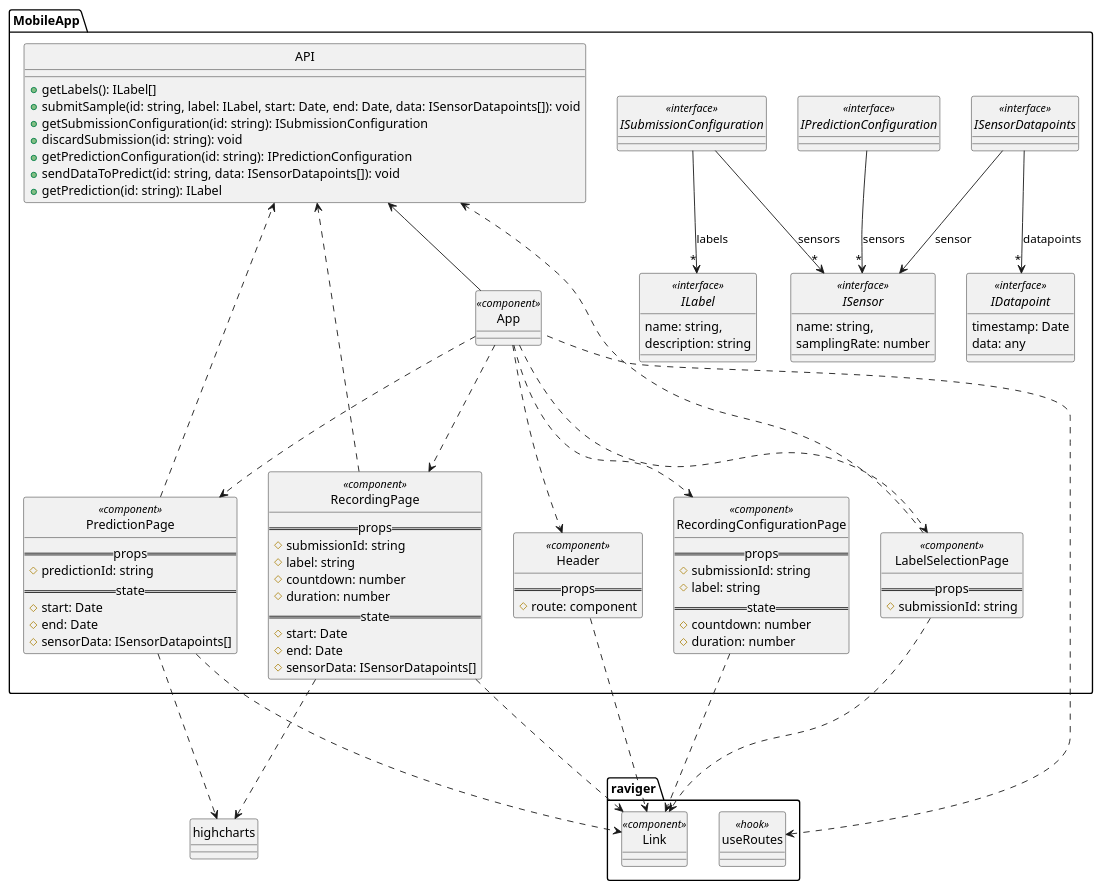
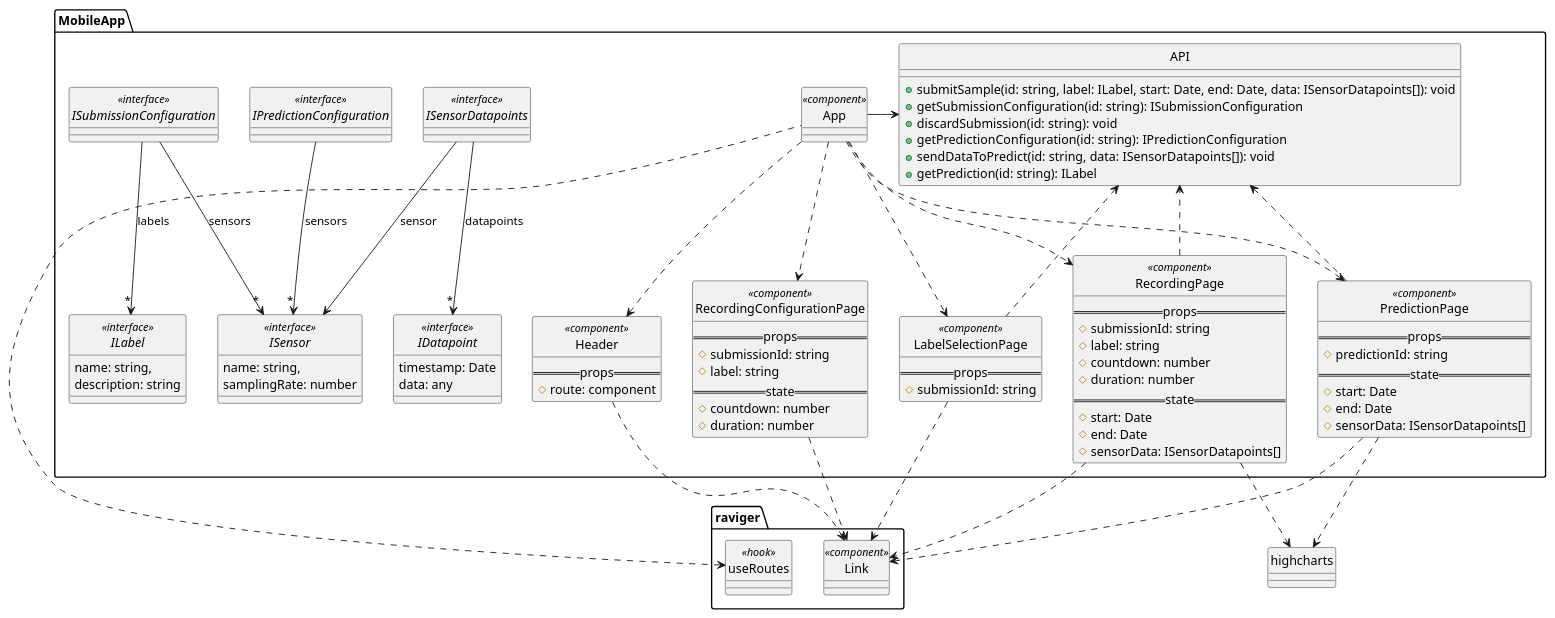
Before and after one commit to PSE-TECO-2020-TEAM1/e2e-ml_docs: the diagram in Design/class-diagrams/mobile_component.pu, drawn with PlantUML. The commit also changed 2 other files, not shown here.

```diff
--- a/Design/class-diagrams/mobile_component.pu
+++ b/Design/class-diagrams/mobile_component.pu
@@ -1,116 +1,116 @@
 @startuml DesktopApp
 ' skinparam monochrome true
+' skinparam linetype ortho
 hide circle
 
 class "highcharts"
 class "raviger.useRoutes" << hook >>
 class "raviger.Link" << component >>
 ' class "MaterialUI.TextField" << component >>
 ' class "MaterialUI.Button" << component >>
 ' class "MaterialUI.Checkbox" << component >>
 ' class "MaterialUI.Dropdown" << component >>
 ' class "MaterialUI.FormControlLabel" << component >>
 ' class "MaterialUI.Accordion" << component >>
 ' class "MaterialUI.List" << component >>
 ' class "MaterialUI.ListItem" << component >>
 ' class "MaterialUI.ListItemIcon" << component >>
 ' class "MaterialUI.Table" << component >>
 ' class "MaterialUI.TableHead" << component >>
 ' class "MaterialUI.TableRow" << component >>
 ' class "MaterialUI.TableCell" << component >>
 ' class "MaterialUI.TableBody" << component >>
 ' class "MaterialUI.CircularProgressWithLabel" << component >>
 
 package MobileApp {
     interface ISensor << interface >> {
         name: string,
         samplingRate: number
     }
     interface ILabel << interface >> {
         name: string,
         description: string
     }
     interface ISensorDatapoints << interface >>
     ISensorDatapoints --> "*" IDatapoint : datapoints
     ISensorDatapoints --> ISensor: sensor
     interface IDatapoint << interface >> {
         timestamp: Date
         data: any
     }
     interface ISubmissionConfiguration << interface >>
     ISubmissionConfiguration --> "*" ILabel : labels
     ISubmissionConfiguration --> "*" ISensor : sensors
     interface IPredictionConfiguration << interface >>
     IPredictionConfiguration --> "*" ISensor : sensors
 
     class API {
-        +getLabels(): ILabel[]
         +submitSample(id: string, label: ILabel, start: Date, end: Date, data: ISensorDatapoints[]): void
         +getSubmissionConfiguration(id: string): ISubmissionConfiguration
         +discardSubmission(id: string): void
         +getPredictionConfiguration(id: string): IPredictionConfiguration
         +sendDataToPredict(id: string, data: ISensorDatapoints[]): void
         +getPrediction(id: string): ILabel
     }
 
-    API <-- App
-    "raviger.useRoutes" <... App
+    API <- App
+    "raviger.useRoutes" <.. App
     class App << component >>
-    App ...> Header
+    App ..> Header
     class Header << component >> {
         ==props==
         # route: component
     }
-    Header ...> "raviger.Link"
+    Header ..> "raviger.Link"
 
-    App ...> LabelSelectionPage
+    App ..> LabelSelectionPage
     class LabelSelectionPage << component >> {
         ==props==
         # submissionId: string
     }
-    LabelSelectionPage ...> API
-    LabelSelectionPage ...> "raviger.Link"
+    LabelSelectionPage ..> API
+    LabelSelectionPage ..> "raviger.Link"
 
-    App ...> RecordingConfigurationPage
+    App ..> RecordingConfigurationPage
     class RecordingConfigurationPage << component >> {
         ==props==
         # submissionId: string
         # label: string
         ==state==
         # countdown: number
         # duration: number
     }
-    RecordingConfigurationPage ...> "raviger.Link"
+    RecordingConfigurationPage ..> "raviger.Link"
 
-    App ...> RecordingPage
+    App ..> RecordingPage
     class RecordingPage << component >> {
         ==props==
         # submissionId: string
         # label: string
         # countdown: number
         # duration: number
         ==state==
         # start: Date
         # end: Date
         # sensorData: ISensorDatapoints[]
     }
-    RecordingPage ...> "raviger.Link"
-    RecordingPage ...> "highcharts"
-    RecordingPage ...> API
+    RecordingPage ..> "raviger.Link"
+    RecordingPage ..> "highcharts"
+    RecordingPage ..> API
 
-    App ...> PredictionPage
+    App ..> PredictionPage
     class PredictionPage << component >> {
         ==props==
         # predictionId: string
         ==state==
         # start: Date
         # end: Date
         # sensorData: ISensorDatapoints[]
     }
-    PredictionPage ...> "raviger.Link"
-    PredictionPage ...> "highcharts"
-    PredictionPage ...> API
+    PredictionPage ..> "raviger.Link"
+    PredictionPage ..> "highcharts"
+    PredictionPage ..> API
 
 }
 
 @enduml
```
